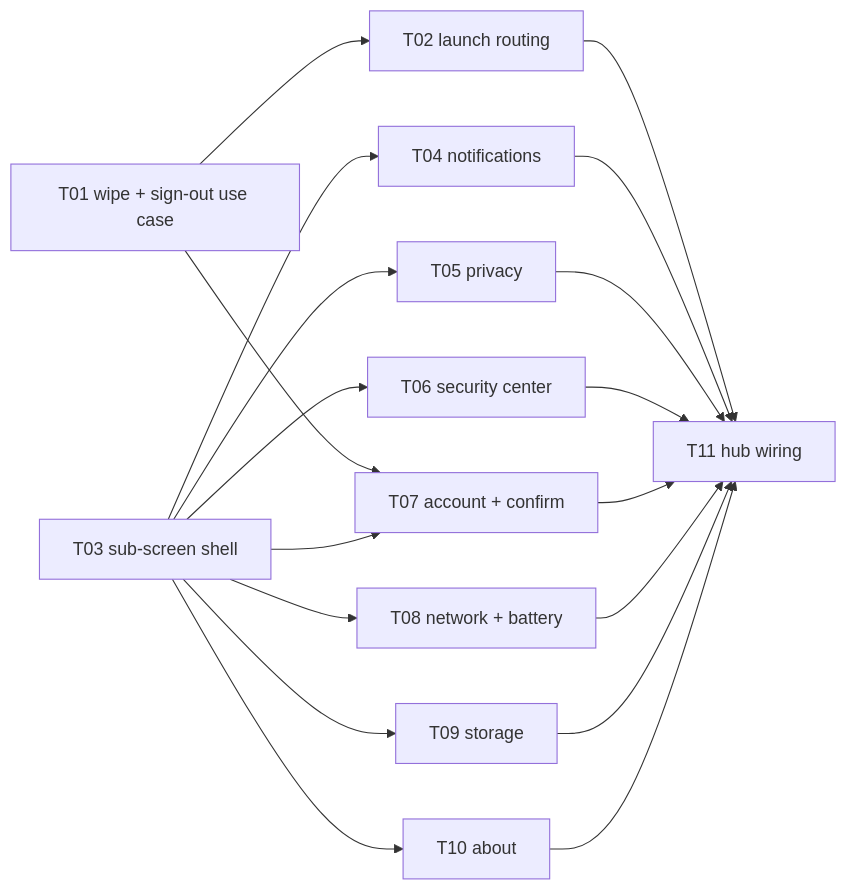
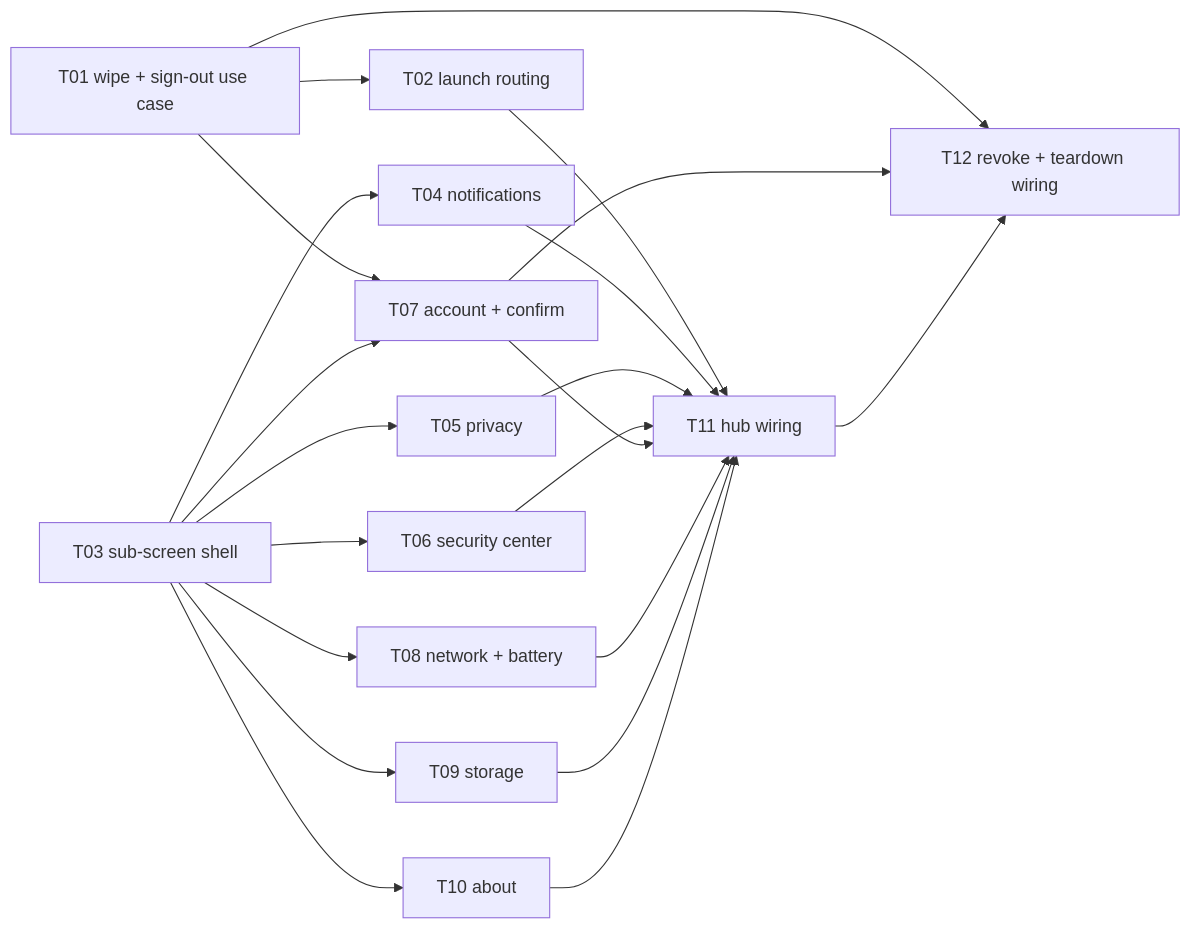
The diagram in epics/E15-session-and-settings/tracker.md (SHAJED99/nexora), drawn with Mermaid before and after one commit. The commit also changed other lines of this file and 1 other file, not shown here.

````diff
--- a/epics/E15-session-and-settings/tracker.md
+++ b/epics/E15-session-and-settings/tracker.md
@@ -52,20 +53,23 @@
 ```mermaid
 graph LR
   T01[T01 wipe + sign-out use case] --> T02[T02 launch routing]
   T01 --> T07[T07 account + confirm]
   T03[T03 sub-screen shell] --> T04[T04 notifications]
   T03 --> T05[T05 privacy]
   T03 --> T06[T06 security center]
   T03 --> T07
   T03 --> T08[T08 network + battery]
   T03 --> T09[T09 storage]
   T03 --> T10[T10 about]
   T02 --> T11[T11 hub wiring]
   T04 --> T11
   T05 --> T11
   T06 --> T11
   T07 --> T11
   T08 --> T11
   T09 --> T11
   T10 --> T11
+  T01 --> T12[T12 revoke + teardown wiring]
+  T07 --> T12
+  T11 --> T12
 ```
````
